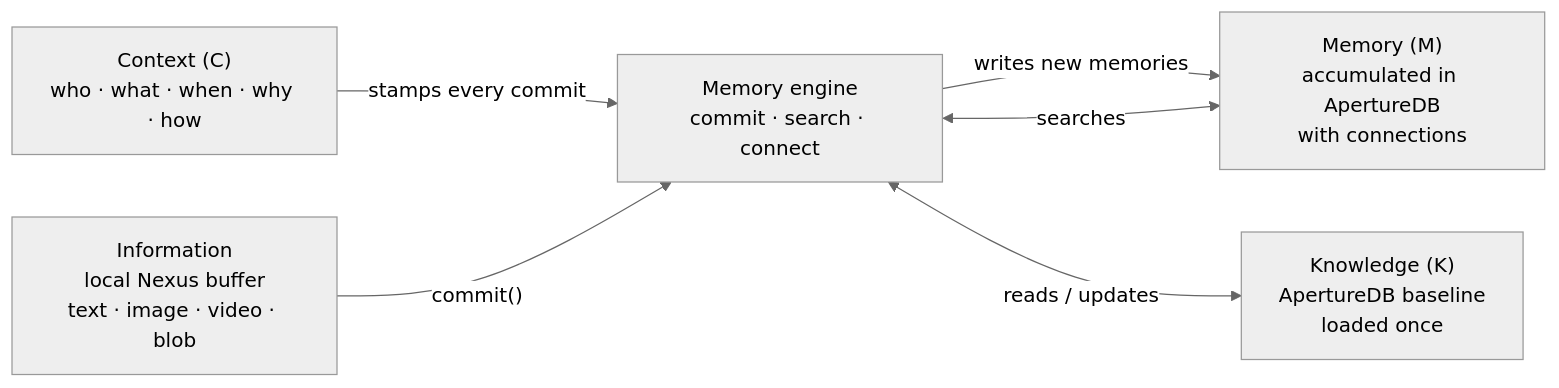
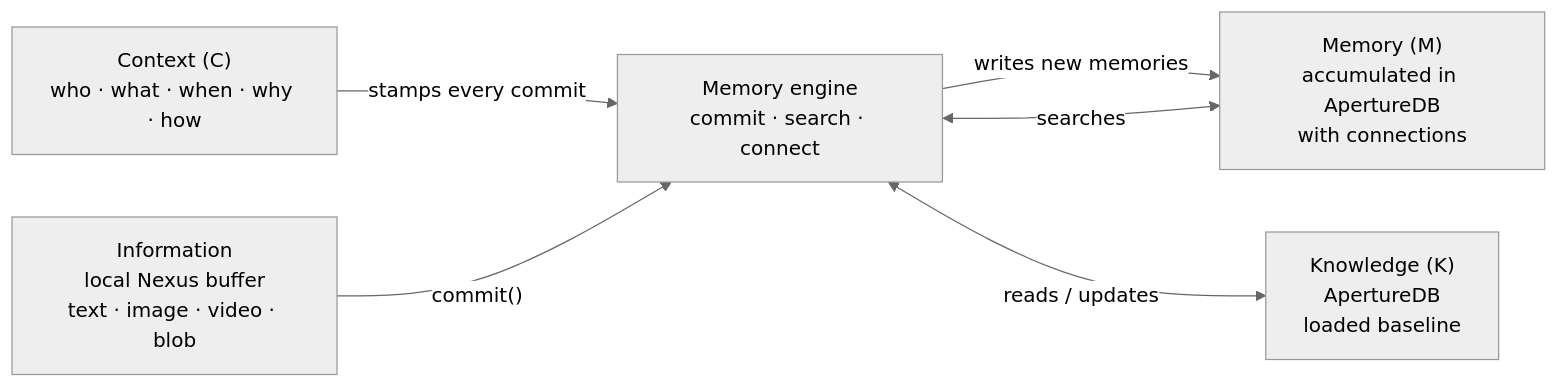
Before and after one commit to aperture-data/aperture-nexus: the diagram in docs/README.md, drawn with Mermaid (neutral theme). The commit also changed other lines of this file and 1 other file, not shown here.

First line of the commit message:
Reframe Knowledge: "loaded baseline" not "loaded once"

````diff
--- a/docs/README.md
+++ b/docs/README.md
@@ -31,14 +31,14 @@
 ```mermaid
 flowchart LR
     I["Information\nlocal Nexus buffer\ntext · image · video · blob"]
     C["Context (C)\nwho · what · when · why · how"]
     Eng["Memory engine\ncommit · search · connect"]
-    K["Knowledge (K)\nApertureDB baseline\nloaded once"]
+    K["Knowledge (K)\nApertureDB\nloaded baseline"]
     M["Memory (M)\naccumulated in ApertureDB\nwith connections"]
 
     C -->|"stamps every commit"| Eng
     I -->|"commit()"| Eng
     Eng -->|"writes new memories"| M
     Eng <-->|"reads / updates"| K
     Eng <-->|"searches"| M
 ```
````
